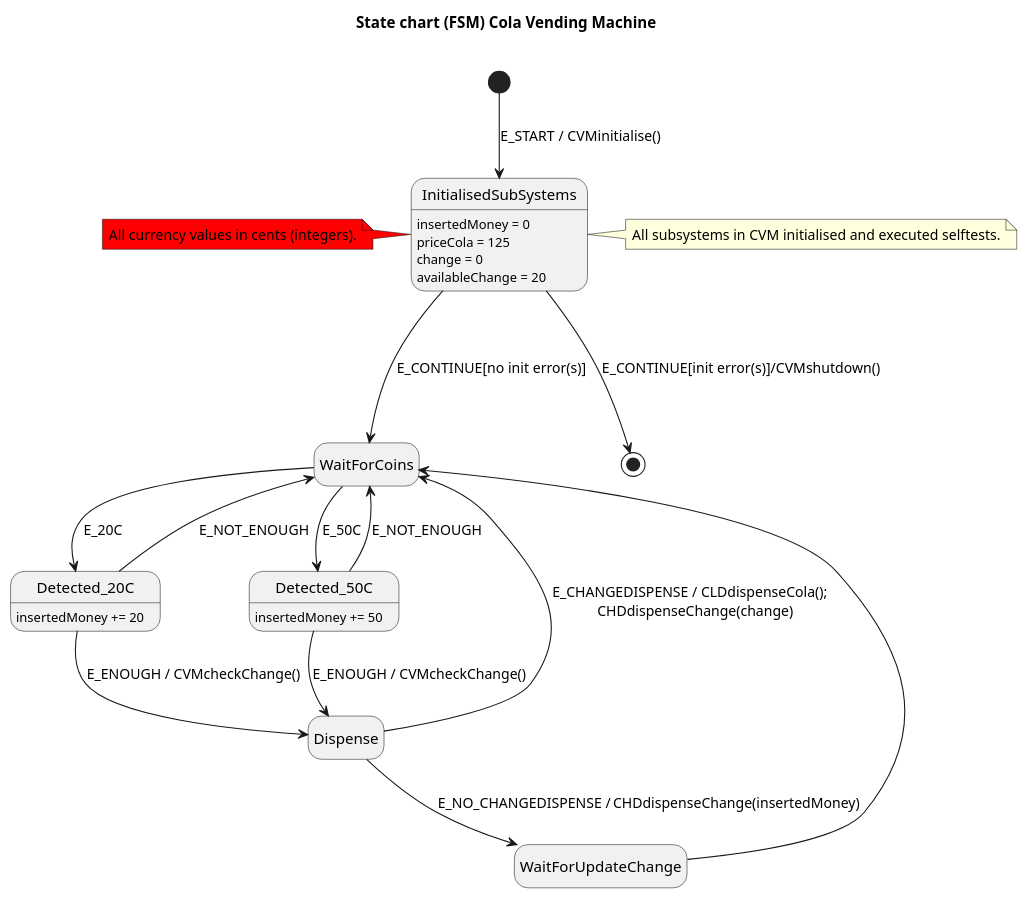
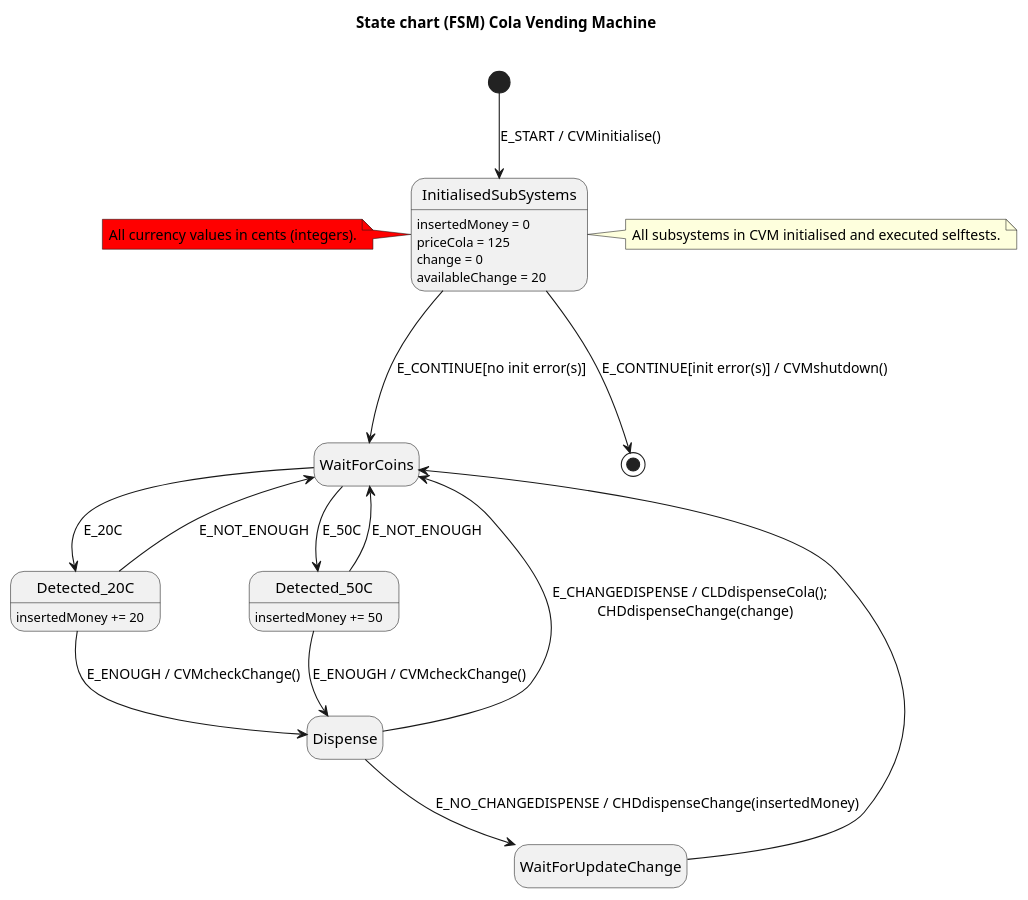
Before and after one commit to josokw/IntroductionC: the diagram in ColaVendingMachine/CVM-5/uml/ColaVendingMachine-5-fsm.puml, drawn with PlantUML. The commit also changed 4 other files, not shown here.

```diff
--- a/ColaVendingMachine/CVM-5/uml/ColaVendingMachine-5-fsm.puml
+++ b/ColaVendingMachine/CVM-5/uml/ColaVendingMachine-5-fsm.puml
@@ -1,38 +1,38 @@
 @startuml
 
 hide empty description
 
 title State chart (FSM) Cola Vending Machine\n
 
 [*] --> InitialisedSubSystems : E_START / CVMinitialise()
 InitialisedSubSystems : insertedMoney = 0
 InitialisedSubSystems : priceCola = 125
 InitialisedSubSystems : change = 0
 InitialisedSubSystems : availableChange = 20
 InitialisedSubSystems ---> WaitForCoins : E_CONTINUE[no init error(s)]
-InitialisedSubSystems ---> [*] : E_CONTINUE[init error(s)]/CVMshutdown()
+InitialisedSubSystems ---> [*] : E_CONTINUE[init error(s)] / CVMshutdown()
 
 WaitForCoins --> Detected_20C : E_20C
 Detected_20C : insertedMoney += 20
 Detected_20C --> WaitForCoins : E_NOT_ENOUGH
 Detected_20C --> Dispense : E_ENOUGH / CVMcheckChange()
 
 WaitForCoins --> Detected_50C : E_50C
 Detected_50C : insertedMoney += 50
 Detected_50C --> WaitForCoins : E_NOT_ENOUGH
 Detected_50C --> Dispense :  E_ENOUGH / CVMcheckChange()
 
-Dispense --> WaitForUpdateChange: E_NO_CHANGEDISPENSE /	CHDdispenseChange(insertedMoney)
+Dispense --> WaitForUpdateChange: E_NO_CHANGEDISPENSE / CHDdispenseChange(insertedMoney)
 WaitForUpdateChange --> WaitForCoins
 
 Dispense --> WaitForCoins :  E_CHANGEDISPENSE / CLDdispenseCola();\n   CHDdispenseChange(change)
 
 note right of InitialisedSubSystems
     All subsystems in CVM initialised and executed selftests.
 end note
 
 note left of InitialisedSubSystems #red
     All currency values in cents (integers).
 end note
 
 @enduml
```
